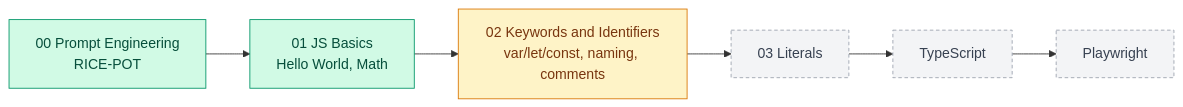
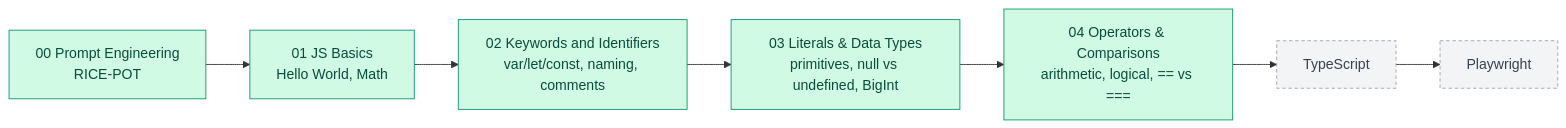
One commit to vmmukundhanleo/Learn_JSTS_Playwright_4X changed the first of 12 diagrams in README.md. Above: the diagram before and after it, drawn with Mermaid. The commit also changed other lines of this file, not shown here.

Commit message:
Update README with Chapter 03 (Literals) and Chapter 04 (Operators)

````diff
--- a/README.md
+++ b/README.md
@@ -36,12 +50,13 @@
 ```mermaid
 flowchart LR
     C0["00 Prompt Engineering<br/>RICE-POT"]:::done --> C1["01 JS Basics<br/>Hello World, Math"]:::done
-    C1 --> C2["02 Keywords and Identifiers<br/>var/let/const, naming, comments"]:::progress
-    C2 --> C3["03 Literals"]:::planned
-    C3 --> TS["TypeScript"]:::planned
+    C1 --> C2["02 Keywords and Identifiers<br/>var/let/const, naming, comments"]:::done
+    C2 --> C3["03 Literals & Data Types<br/>primitives, null vs undefined, BigInt"]:::done
+    C3 --> C4["04 Operators & Comparisons<br/>arithmetic, logical, == vs ==="]:::done
+    C4 --> TS["TypeScript"]:::planned
     TS --> PW["Playwright"]:::planned
 
     classDef done fill:#d1fae5,stroke:#059669,color:#064e3b
     classDef progress fill:#fef3c7,stroke:#d97706,color:#78350f
     classDef planned fill:#f3f4f6,stroke:#9ca3af,color:#374151,stroke-dasharray: 4 3
 ```
````
